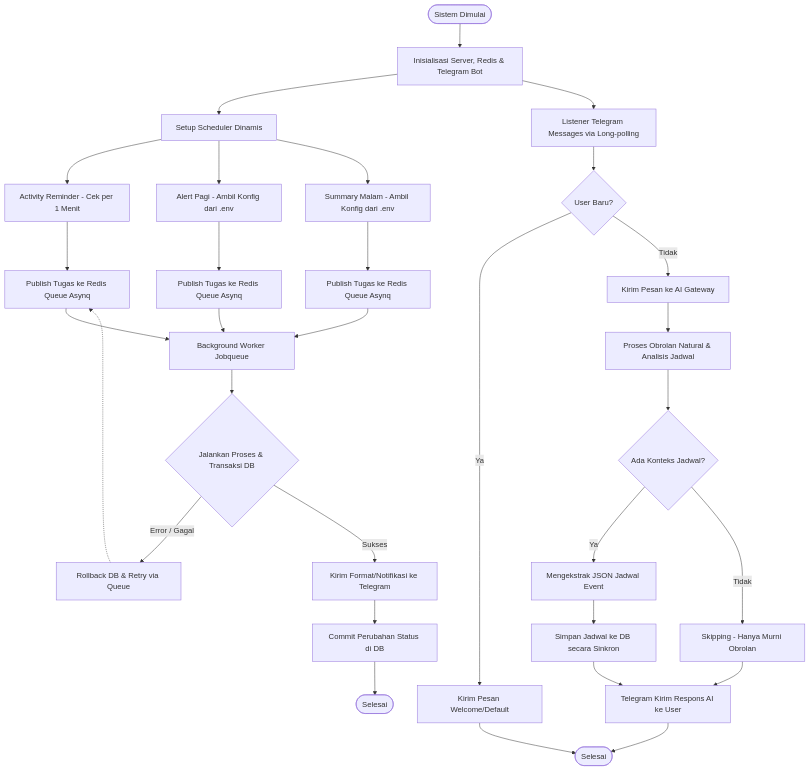
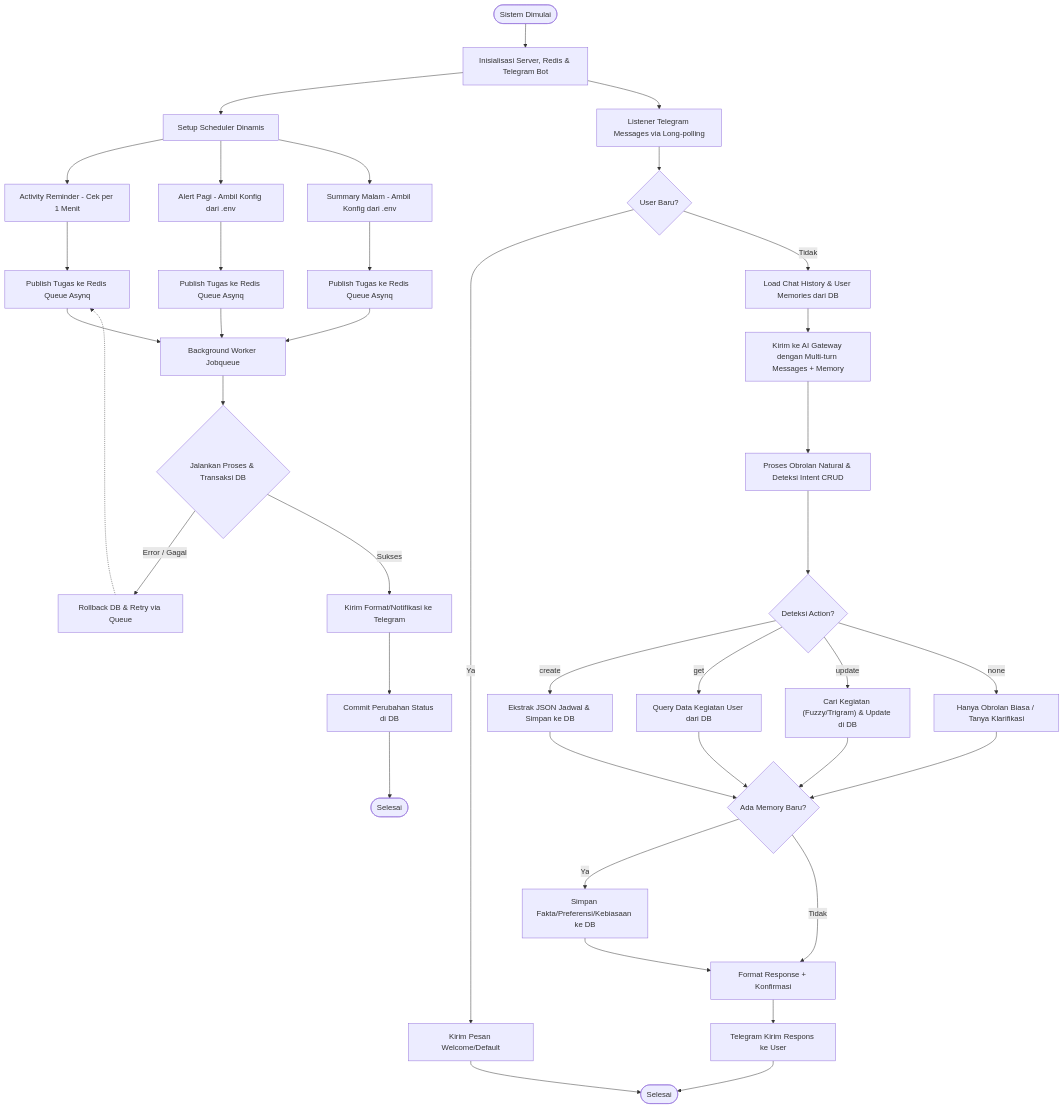
The first of 7 diagrams in FLOWCHART.md (RhmnDev14/smart_alert_system), drawn with Mermaid before and after one commit. The commit also changed other lines of this file and 14 other files, not shown here.

````diff
--- a/FLOWCHART.md
+++ b/FLOWCHART.md
@@ -5,45 +5,55 @@
 ```mermaid
 flowchart TD
     Start([Sistem Dimulai]) --> Init[Inisialisasi Server, Redis & Telegram Bot]
     Init --> Scheduler[Setup Scheduler Dinamis]
 
     Scheduler --> RealtimeReminder[Activity Reminder - Cek per 1 Menit]
     Scheduler --> MorningAlert[Alert Pagi - Ambil Konfig dari .env]
     Scheduler --> EveningSummary[Summary Malam - Ambil Konfig dari .env]
 
     RealtimeReminder --> PushQueue1[Publish Tugas ke Redis Queue Asynq]
     MorningAlert --> PushQueue2[Publish Tugas ke Redis Queue Asynq]
     EveningSummary --> PushQueue3[Publish Tugas ke Redis Queue Asynq]
 
     PushQueue1 --> AsynqWorker[Background Worker Jobqueue]
     PushQueue2 --> AsynqWorker
     PushQueue3 --> AsynqWorker
 
     AsynqWorker --> ProcessJobs{Jalankan Proses & Transaksi DB}
 
     ProcessJobs -->|Error / Gagal| RetryLogic[Rollback DB & Retry via Queue]
     ProcessJobs -->|Sukses| SendCronMsg[Kirim Format/Notifikasi ke Telegram]
 
     SendCronMsg --> CommitDB[Commit Perubahan Status di DB]
     CommitDB --> EndJob([Selesai])
     RetryLogic -.-> PushQueue1
 
     Init --> TelegramListener[Listener Telegram Messages via Long-polling]
 
     TelegramListener --> CheckUser{User Baru?}
     CheckUser -->|Ya| SendWelcome[Kirim Pesan Welcome/Default]
-    CheckUser -->|Tidak| AIGateway[Kirim Pesan ke AI Gateway]
+    CheckUser -->|Tidak| LoadContext[Load Chat History & User Memories dari DB]
 
     SendWelcome --> EndMsg([Selesai])
 
-    AIGateway --> ProcessMsg[Proses Obrolan Natural & Analisis Jadwal]
-    ProcessMsg --> CheckSchedule{Ada Konteks Jadwal?}
+    LoadContext --> AIGateway[Kirim ke AI Gateway dengan Multi-turn Messages + Memory]
+    AIGateway --> ProcessMsg[Proses Obrolan Natural & Deteksi Intent CRUD]
+    ProcessMsg --> DetectAction{Deteksi Action?}
 
-    CheckSchedule -->|Ya| ExtractData[Mengekstrak JSON Jadwal Event]
-    CheckSchedule -->|Tidak| SkipExtract[Skipping - Hanya Murni Obrolan]
+    DetectAction -->|create| CreateFlow[Ekstrak JSON Jadwal & Simpan ke DB]
+    DetectAction -->|get| GetFlow[Query Data Kegiatan User dari DB]
+    DetectAction -->|update| UpdateFlow["Cari Kegiatan (Fuzzy/Trigram) & Update di DB"]
+    DetectAction -->|none| ChatOnly[Hanya Obrolan Biasa / Tanya Klarifikasi]
 
-    ExtractData --> InsertDB[Simpan Jadwal ke DB secara Sinkron]
-    InsertDB --> SendAIResponse[Telegram Kirim Respons AI ke User]
-    SkipExtract --> SendAIResponse
+    CreateFlow --> SaveMemories{Ada Memory Baru?}
+    GetFlow --> SaveMemories
+    UpdateFlow --> SaveMemories
+    ChatOnly --> SaveMemories
+
+    SaveMemories -->|Ya| PersistMemory[Simpan Fakta/Preferensi/Kebiasaan ke DB]
+    SaveMemories -->|Tidak| FormatResponse[Format Response + Konfirmasi]
+    PersistMemory --> FormatResponse
+
+    FormatResponse --> SendAIResponse[Telegram Kirim Respons ke User]
     SendAIResponse --> EndMsg
 ```
````
